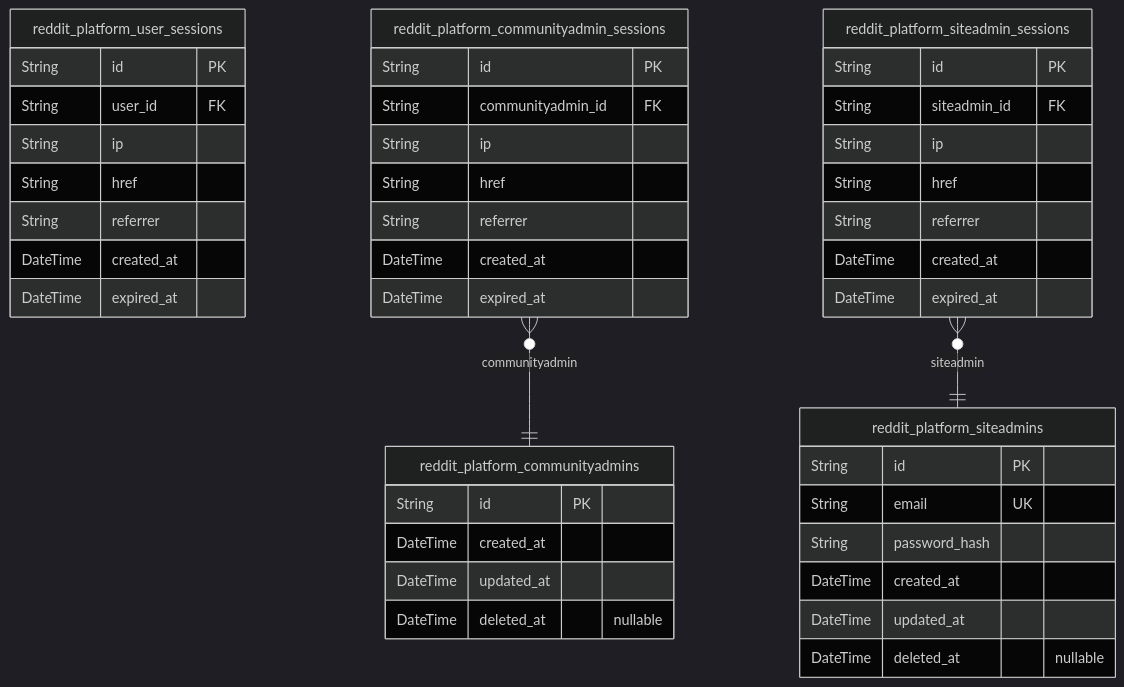
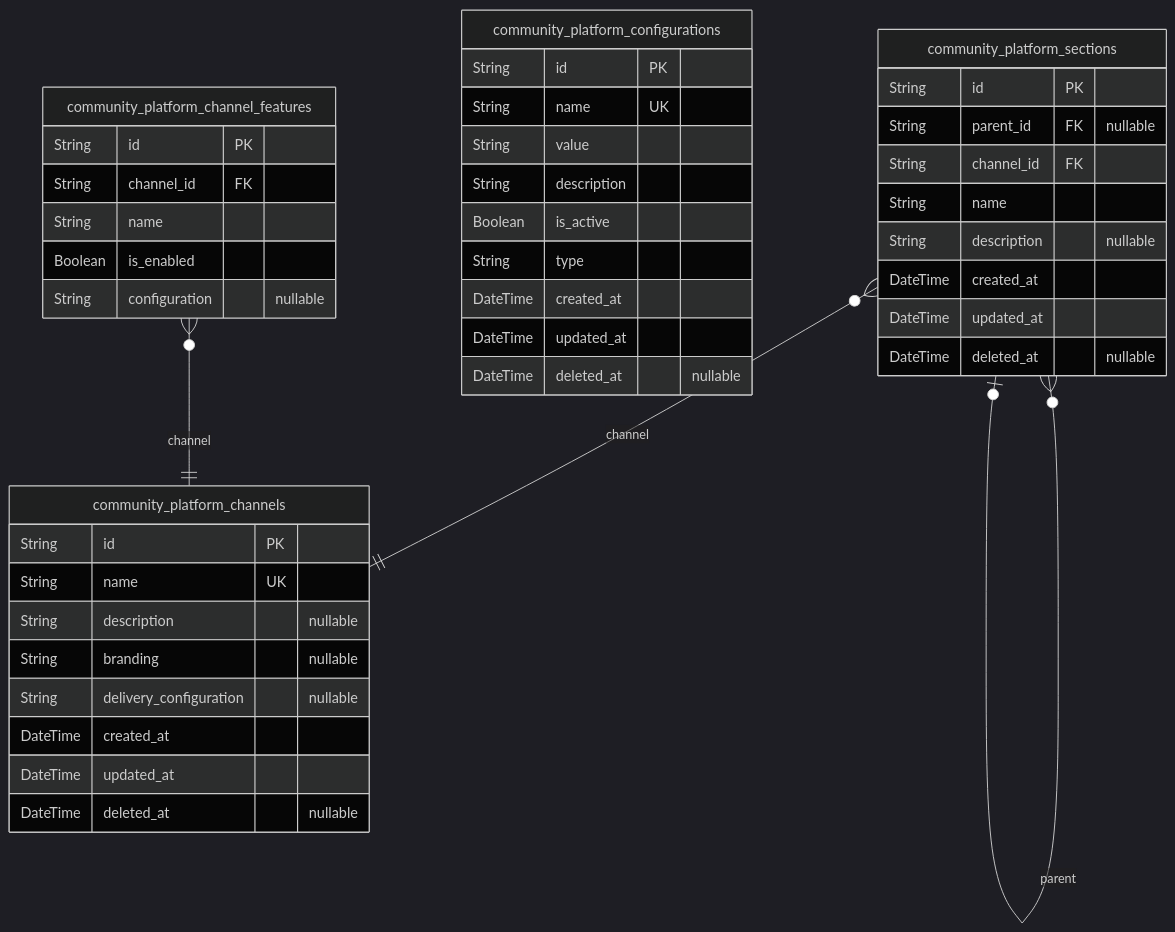
The second of 8 diagrams in qwen/qwen3-30b-a3b-thinking-2507/reddit/docs/ERD.md (wrtnlabs/autobe-examples), drawn with Mermaid (dark theme) before and after one commit. The commit also changed other lines of this file and 9391 other files, not shown here.

````diff
--- a/qwen/qwen3-30b-a3b-thinking-2507/reddit/docs/ERD.md
+++ b/qwen/qwen3-30b-a3b-thinking-2507/reddit/docs/ERD.md
@@ -147,46 +190,44 @@
 ```mermaid
 erDiagram
-"reddit_platform_user_sessions" {
+"community_platform_channels" {
   String id PK
-  String user_id FK
-  String ip
-  String href
-  String referrer
-  DateTime created_at
-  DateTime expired_at
-}
-"reddit_platform_communityadmins" {
-  String id PK
+  String name UK
+  String description "nullable"
+  String branding "nullable"
+  String delivery_configuration "nullable"
   DateTime created_at
   DateTime updated_at
   DateTime deleted_at "nullable"
 }
-"reddit_platform_communityadmin_sessions" {
+"community_platform_sections" {
   String id PK
-  String communityadmin_id FK
-  String ip
-  String href
-  String referrer
-  DateTime created_at
-  DateTime expired_at
-}
-"reddit_platform_siteadmins" {
-  String id PK
-  String email UK
-  String password_hash
+  String parent_id FK "nullable"
+  String channel_id FK
+  String name
+  String description "nullable"
   DateTime created_at
   DateTime updated_at
   DateTime deleted_at "nullable"
 }
-"reddit_platform_siteadmin_sessions" {
+"community_platform_configurations" {
   String id PK
-  String siteadmin_id FK
-  String ip
-  String href
-  String referrer
+  String name UK
+  String value
+  String description
+  Boolean is_active
+  String type
   DateTime created_at
-  DateTime expired_at
+  DateTime updated_at
+  DateTime deleted_at "nullable"
 }
-"reddit_platform_communityadmin_sessions" }o--|| "reddit_platform_communityadmins" : communityadmin
-"reddit_platform_siteadmin_sessions" }o--|| "reddit_platform_siteadmins" : siteadmin
+"community_platform_channel_features" {
+  String id PK
+  String channel_id FK
+  String name
+  Boolean is_enabled
+  String configuration "nullable"
+}
+"community_platform_sections" }o--o| "community_platform_sections" : parent
+"community_platform_sections" }o--|| "community_platform_channels" : channel
+"community_platform_channel_features" }o--|| "community_platform_channels" : channel
 ```
````
